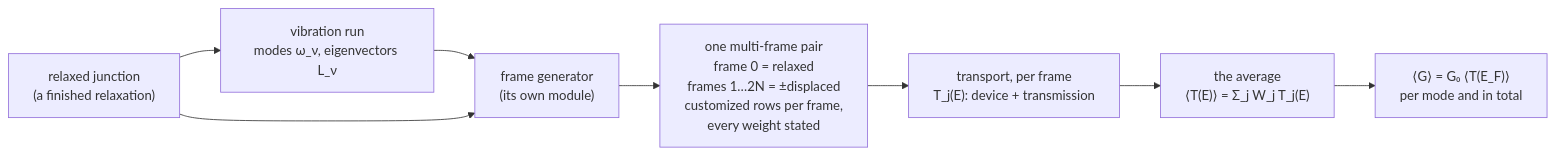
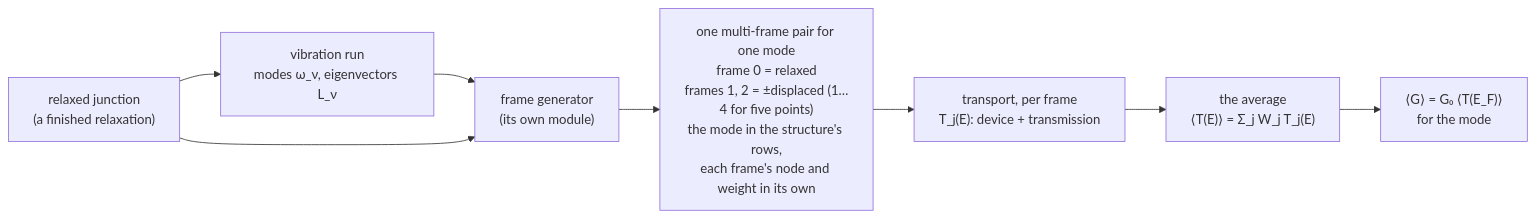
One commit to Qing-LAB/molbuilder changed the first of 6 diagrams in docs/science/vibrational-averaging.md. Above: the diagram before and after it, drawn with Mermaid. The commit also changed other lines of this file and 9 other files, not shown here.

````diff
--- a/docs/science/vibrational-averaging.md
+++ b/docs/science/vibrational-averaging.md
@@ -30,10 +32,10 @@
 ```mermaid
 flowchart LR
     R["relaxed junction<br/>(a finished relaxation)"] --> V["vibration run<br/>modes ω_ν, eigenvectors L_ν"]
     V --> G["frame generator<br/>(its own module)"]
     R --> G
-    G --> F["one multi-frame pair<br/>frame 0 = relaxed<br/>frames 1…2N = ±displaced<br/>customized rows per frame,<br/>every weight stated"]
+    G --> F["one multi-frame pair for one mode<br/>frame 0 = relaxed<br/>frames 1, 2 = ±displaced (1…4 for five points)<br/>the mode in the structure's rows,<br/>each frame's node and weight in its own"]
     F --> T["transport, per frame<br/>T_j(E): device + transmission"]
     T --> A["the average<br/>⟨T(E)⟩ = Σ_j W_j T_j(E)"]
-    A --> C["⟨G⟩ = G₀ ⟨T(E_F)⟩<br/>per mode and in total"]
+    A --> C["⟨G⟩ = G₀ ⟨T(E_F)⟩<br/>for the mode"]
 ```
````
